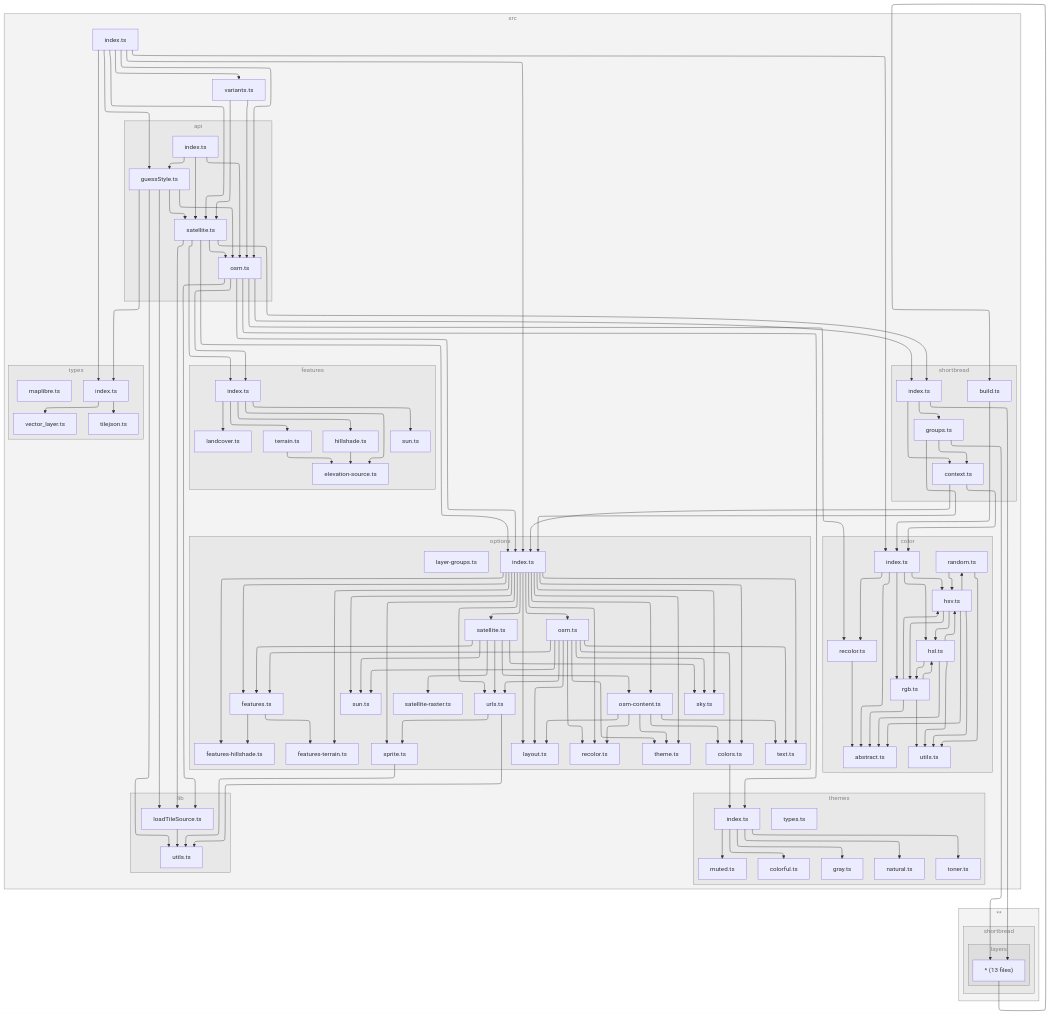
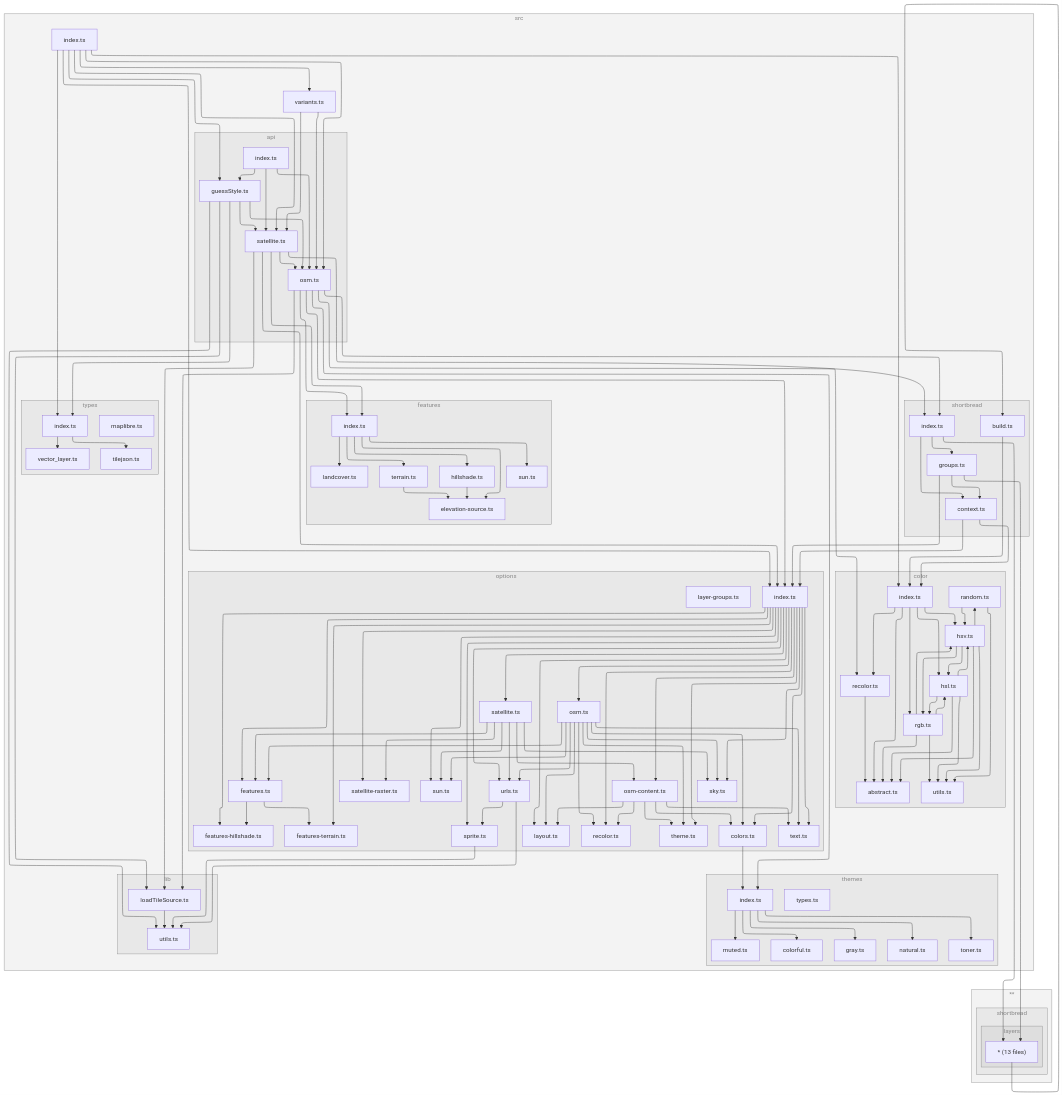
The diagram in README.md (versatiles-org/versatiles-style), drawn with Mermaid before and after one commit. The commit also changed 2 other files, not shown here.

Commit message:
feat: update type exports and resolutions for satellite and satellite-raster options

```diff
--- a/README.md
+++ b/README.md
@@ -204,8 +204,8 @@
 15["sun.ts"]
 16["urls.ts"]
 17["sprite.ts"]
-18["satellite.ts"]
-19["satellite-raster.ts"]
+18["satellite-raster.ts"]
+19["satellite.ts"]
 1T["layer-groups.ts"]
 end
 subgraph O["themes"]
@@ -264,6 +264,7 @@
 M-->13
 M-->10
 M-->18
+M-->19
 M-->14
 M-->17
 M-->15
@@ -295,12 +296,12 @@
 16-->5
 16-->17
 17-->5
-18-->X
-18-->Z
-18-->19
-18-->14
-18-->15
-18-->16
+19-->X
+19-->Z
+19-->18
+19-->14
+19-->15
+19-->16
 1B-->1C
 1B-->1J
 1B-->1N
```
